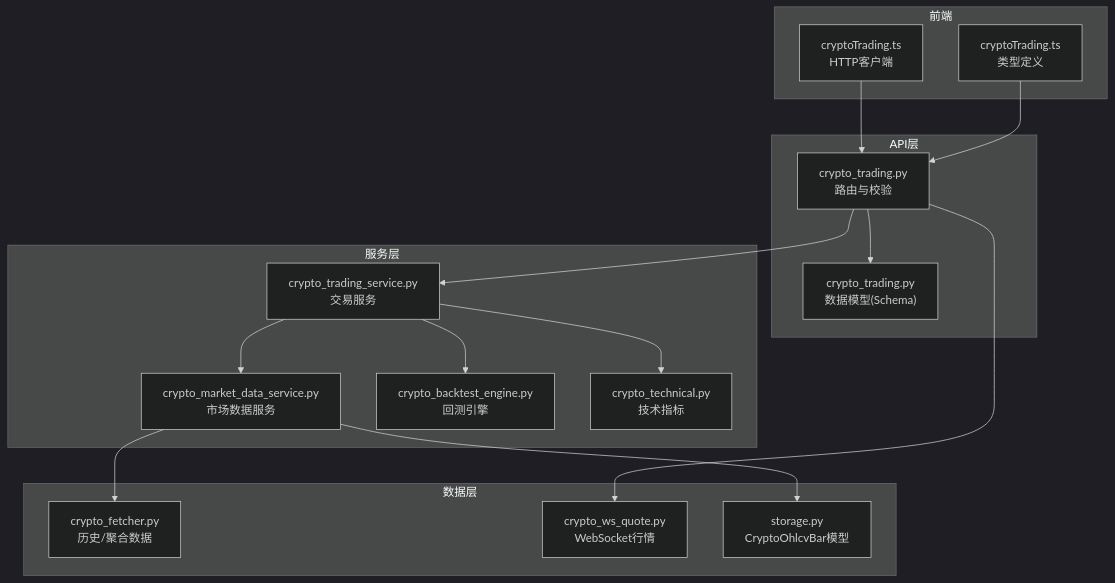
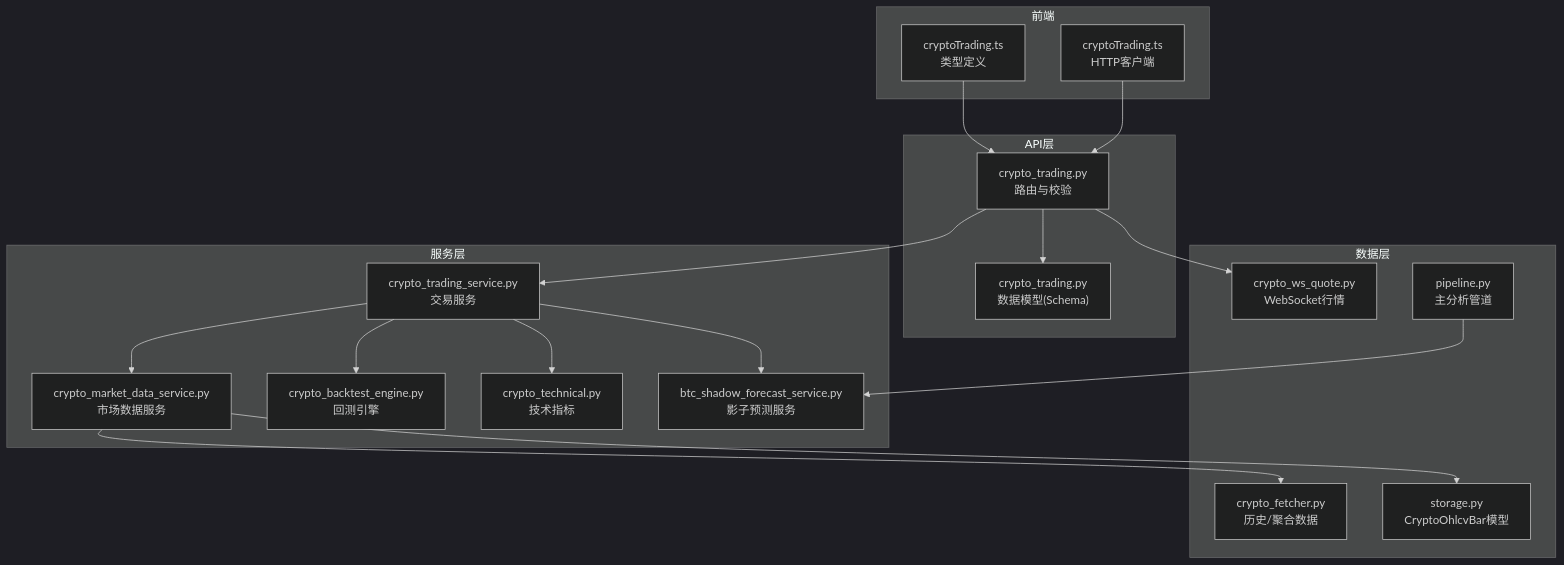
Before and after one commit to anYaoooo/daily_stock_analysis: the first of 14 diagrams in .qoder/repowiki/zh/content/API参考文档/加密货币交易API.md, drawn with Mermaid (dark theme). The commit also changed other lines of this file and 16 other files, not shown here.

````diff
--- a/.qoder/repowiki/zh/content/API参考文档/加密货币交易API.md
+++ b/.qoder/repowiki/zh/content/API参考文档/加密货币交易API.md
@@ -50,32 +53,36 @@
 ```mermaid
 graph TB
 subgraph "API层"
 A["crypto_trading.py<br/>路由与校验"]
 S["crypto_trading.py<br/>数据模型(Schema)"]
 end
 subgraph "服务层"
 SVC["crypto_trading_service.py<br/>交易服务"]
 CMD["crypto_market_data_service.py<br/>市场数据服务"]
 BT["crypto_backtest_engine.py<br/>回测引擎"]
 TECH["crypto_technical.py<br/>技术指标"]
+SHADOW["btc_shadow_forecast_service.py<br/>影子预测服务"]
 end
 subgraph "数据层"
 DF["crypto_fetcher.py<br/>历史/聚合数据"]
 WS["crypto_ws_quote.py<br/>WebSocket行情"]
 DB["storage.py<br/>CryptoOhlcvBar模型"]
+PIPELINE["pipeline.py<br/>主分析管道"]
 end
 subgraph "前端"
 FE_API["cryptoTrading.ts<br/>HTTP客户端"]
 FE_TYPES["cryptoTrading.ts<br/>类型定义"]
 end
 A --> S
 A --> SVC
 SVC --> CMD
 CMD --> DF
 CMD --> DB
 SVC --> TECH
 SVC --> BT
+SVC --> SHADOW
+PIPELINE --> SHADOW
 A --> WS
 FE_API --> A
 FE_TYPES --> A
 ```
````
